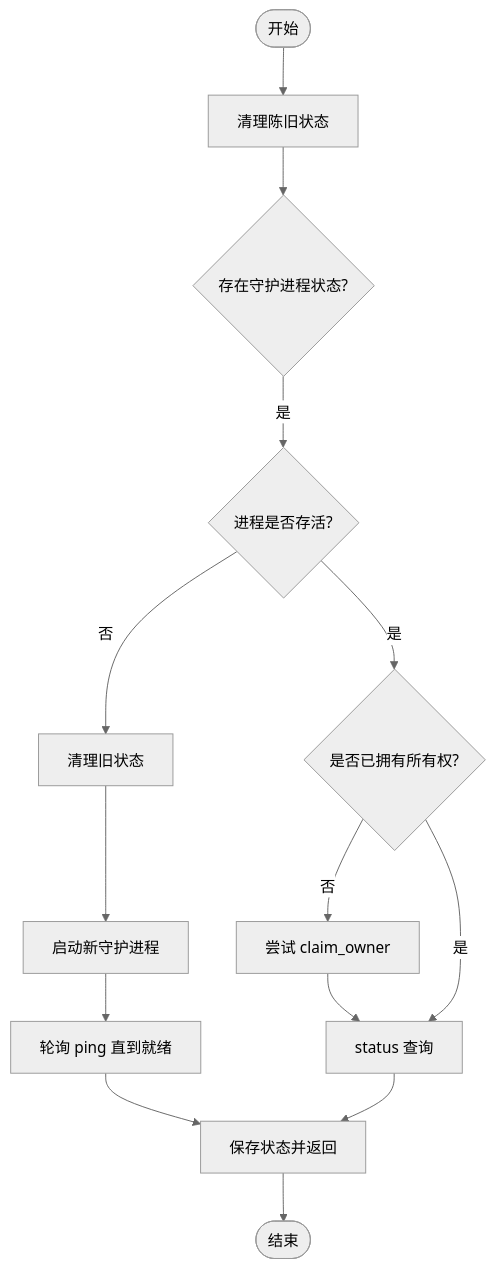
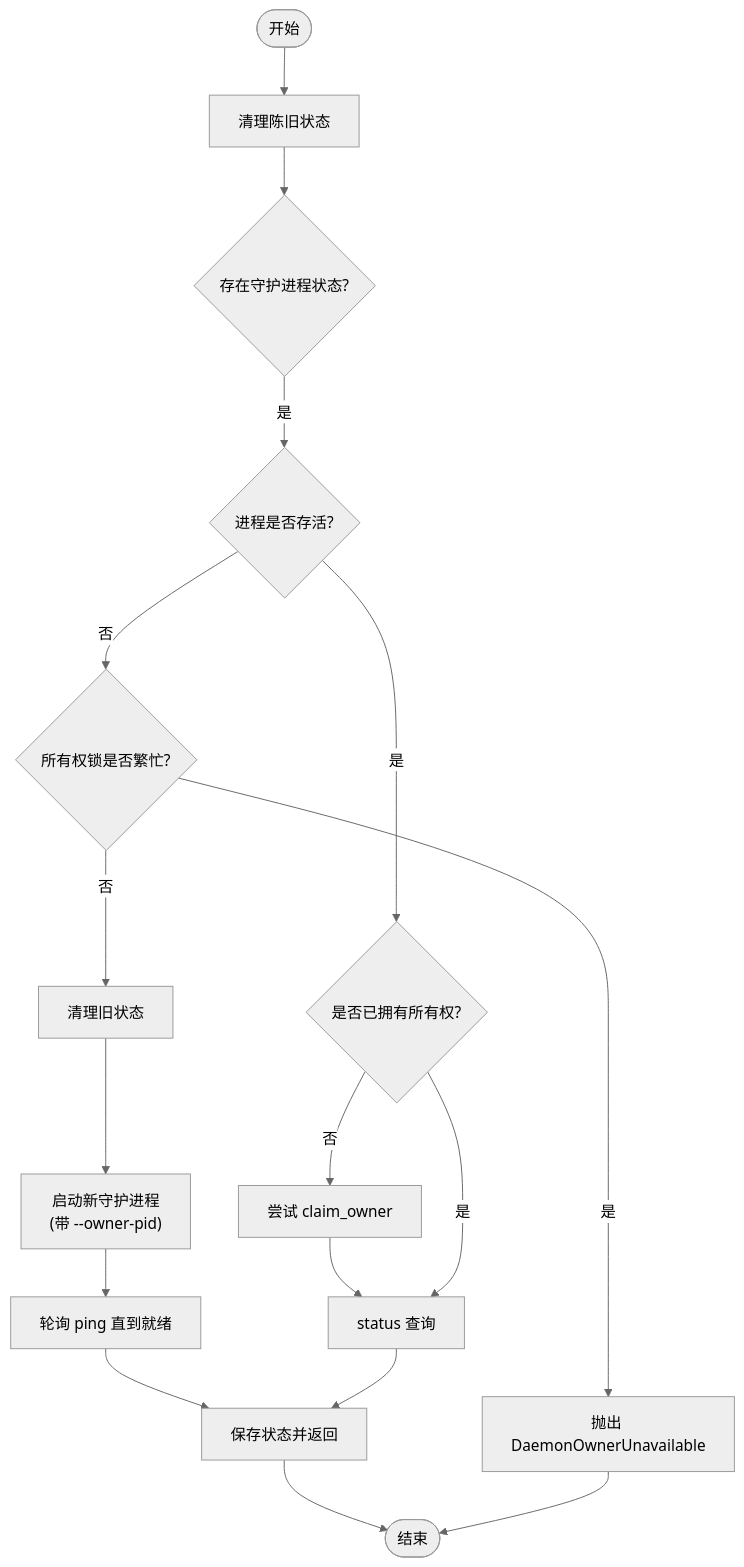
One commit to haolange/RDC-Tool changed the third of 7 diagrams in .qoder/repowiki/zh/content/CLI参考手册/守护进程管理命令.md. Above: the diagram before and after it, drawn with Mermaid (neutral theme). The commit also changed other lines of this file and 67 other files, not shown here.

````diff
--- a/.qoder/repowiki/zh/content/CLI参考手册/守护进程管理命令.md
+++ b/.qoder/repowiki/zh/content/CLI参考手册/守护进程管理命令.md
@@ -114,16 +139,19 @@
 ```mermaid
 flowchart TD
 Start(["开始"]) --> Clean["清理陈旧状态"]
 Clean --> LoadState{"存在守护进程状态?"}
 LoadState --> |是| CheckAlive{"进程是否存活?"}
 CheckAlive --> |是| Claim{"是否已拥有所有权?"}
 Claim --> |否| TryClaim["尝试 claim_owner"]
 TryClaim --> Status["status 查询"]
 Claim --> |是| Status
-CheckAlive --> |否| RemoveState["清理旧状态"]
-RemoveState --> Spawn["启动新守护进程"]
+CheckAlive --> |否| CheckOwner{"所有权锁是否繁忙?"}
+CheckOwner --> |是| RaiseError["抛出 DaemonOwnerUnavailable"]
+CheckOwner --> |否| RemoveState["清理旧状态"]
+RemoveState --> Spawn["启动新守护进程<br/>(带 --owner-pid)"]
 Spawn --> Ping["轮询 ping 直到就绪"]
 Ping --> SaveState["保存状态并返回"]
 Status --> SaveState
 SaveState --> End(["结束"])
+RaiseError --> End
 ```
````
